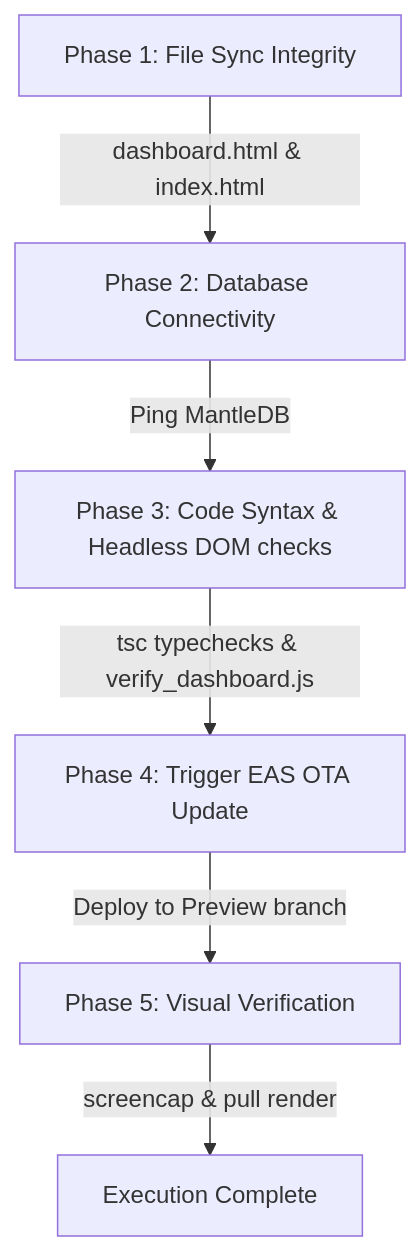
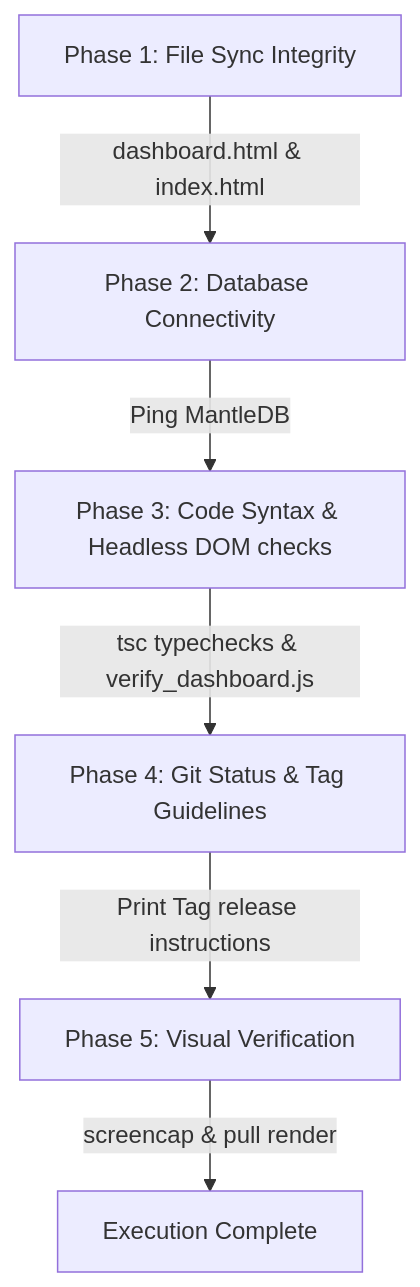
Before and after one commit to fkcurrie/wheres-my-family: the diagram in AGENTS.md, drawn with Mermaid. The commit also changed other lines of this file and 21 other files, not shown here.

````diff
--- a/AGENTS.md
+++ b/AGENTS.md
@@ -19,8 +19,8 @@
 ```mermaid
 graph TD
     A[Phase 1: File Sync Integrity] -->|dashboard.html & index.html| B[Phase 2: Database Connectivity]
     B -->|Ping MantleDB| C[Phase 3: Code Syntax & Headless DOM checks]
-    C -->|tsc typechecks & verify_dashboard.js| D[Phase 4: Trigger EAS OTA Update]
-    D -->|Deploy to Preview branch| E[Phase 5: Visual Verification]
+    C -->|tsc typechecks & verify_dashboard.js| D[Phase 4: Git Status & Tag Guidelines]
+    D -->|Print Tag release instructions| E[Phase 5: Visual Verification]
     E -->|screencap & pull render| F[Execution Complete]
 ```
````
